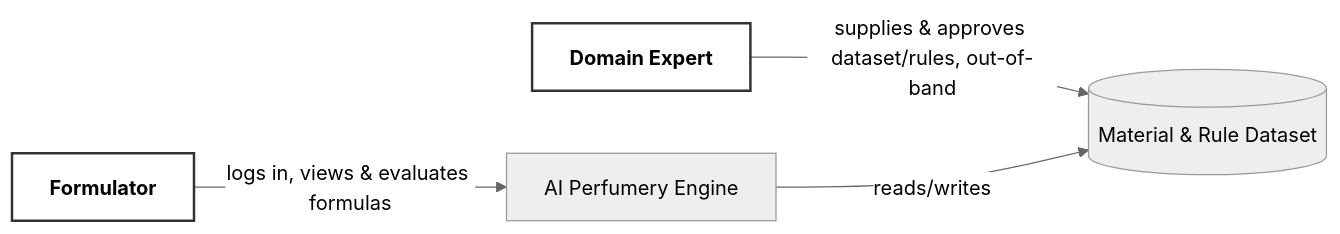
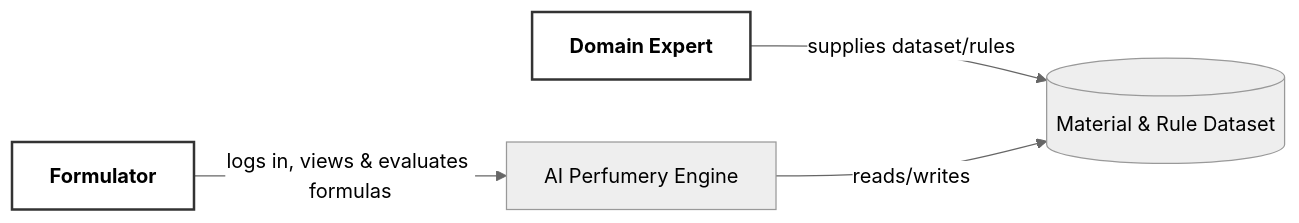
The first of 4 diagrams in .docs/02-design/diagrams.md (projectSE-1/Proposal), drawn with Mermaid (neutral theme) before and after one commit. The commit also changed other lines of this file and 4 other files, not shown here.

````diff
--- a/.docs/02-design/diagrams.md
+++ b/.docs/02-design/diagrams.md
@@ -21,13 +16,13 @@
 ```mermaid
 flowchart LR
     Formulator[Formulator]:::actor
     DomainExpert[Domain Expert]:::actor
     System[AI Perfumery Engine]
     Dataset[(Material & Rule Dataset)]
 
     Formulator -->|logs in, views & evaluates formulas| System
-    DomainExpert -->|supplies & approves dataset/rules, out-of-band| Dataset
+    DomainExpert -->|supplies dataset/rules| Dataset
     System -->|reads/writes| Dataset
 
     classDef actor fill:#fff,stroke:#333,stroke-width:2px,font-weight:bold;
 ```
````
